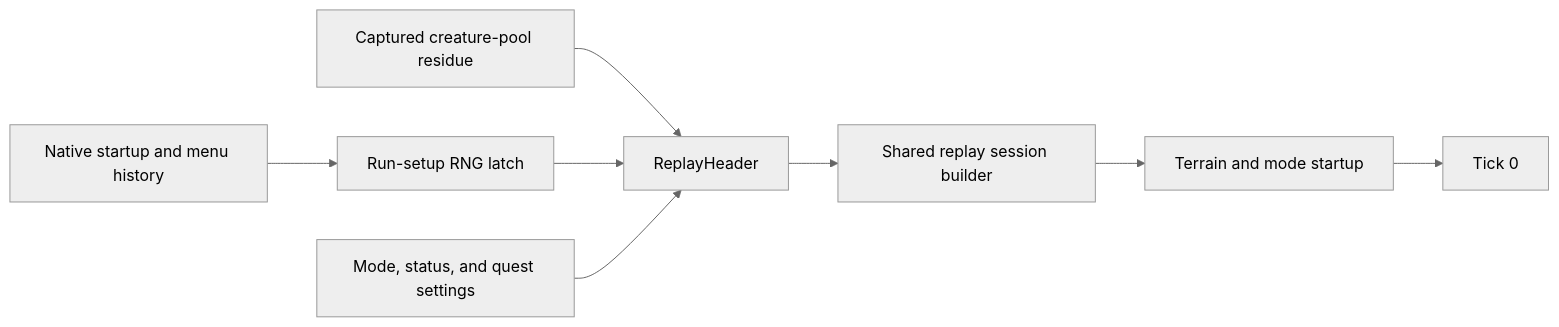
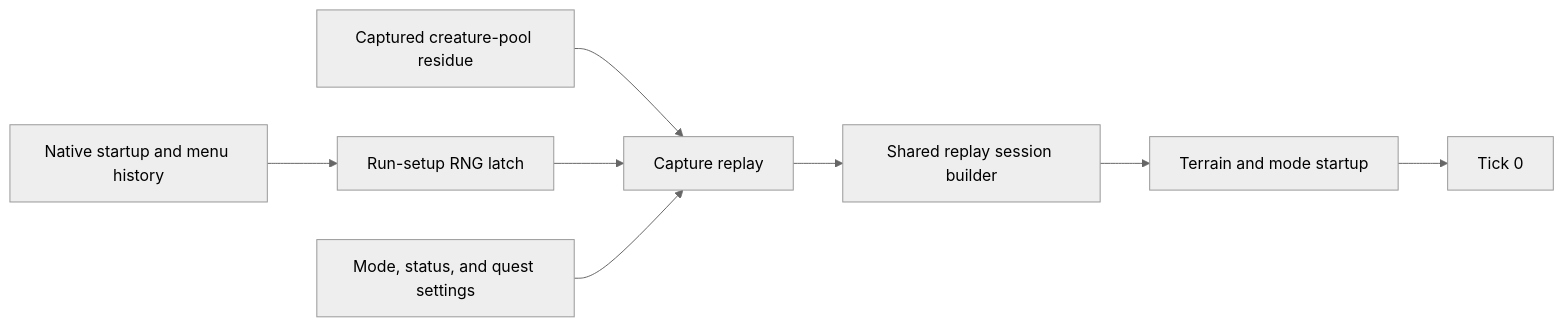
Before and after one commit to banteg/crimson: the second of 2 diagrams in docs/rewrite/replay-run-start.md, drawn with Mermaid (neutral theme). The commit also changed other lines of this file and 147 other files, not shown here.

````diff
--- a/docs/rewrite/replay-run-start.md
+++ b/docs/rewrite/replay-run-start.md
@@ -74,10 +73,10 @@
 ```mermaid
 flowchart LR
     A["Native startup and menu history"] --> B["Run-setup RNG latch"]
-    C["Captured creature-pool residue"] --> D["ReplayHeader"]
+    C["Captured creature-pool residue"] --> D["Capture replay"]
     B --> D
     E["Mode, status, and quest settings"] --> D
     D --> F["Shared replay session builder"]
     F --> G["Terrain and mode startup"]
     G --> H["Tick 0"]
 ```
````
